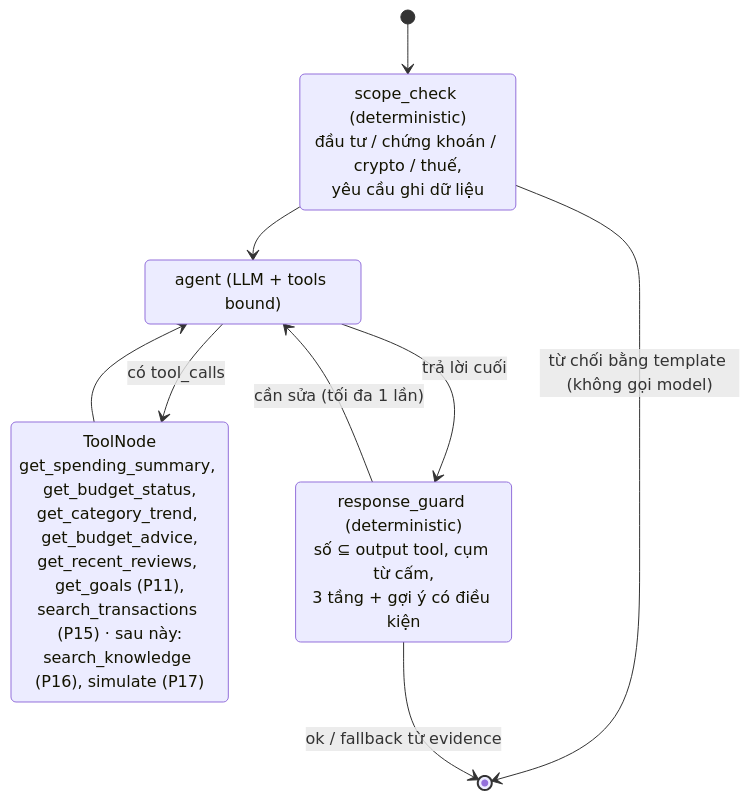
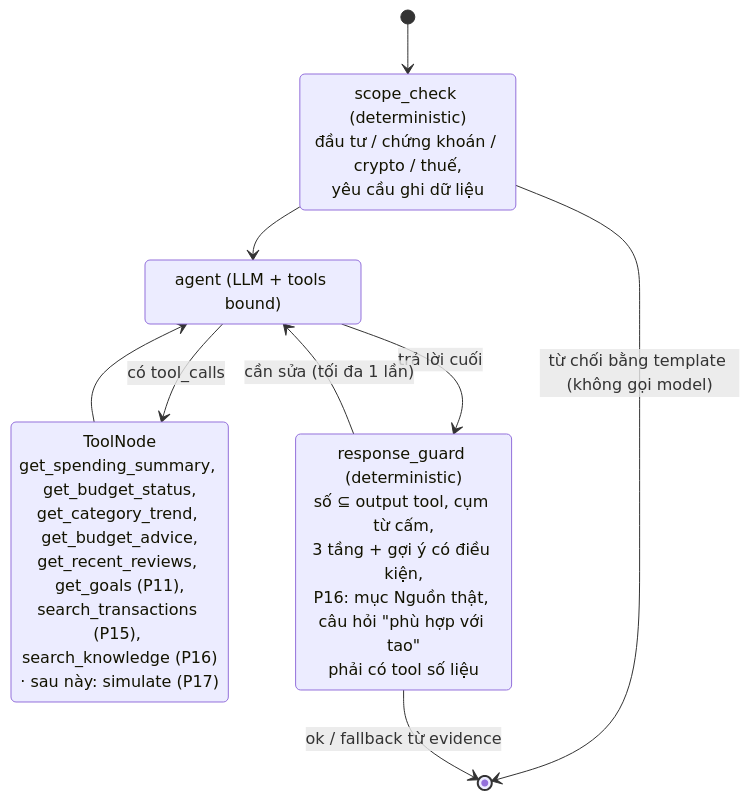
One commit to dangbh96/AI-personal-finance-assistant changed the second of 3 diagrams in docs/architecture/ai-architecture.md. Above: the diagram before and after it, drawn with Mermaid. The commit also changed other lines of this file and 48 other files, not shown here.

````diff
--- a/docs/architecture/ai-architecture.md
+++ b/docs/architecture/ai-architecture.md
@@ -149,15 +157,15 @@
 ```mermaid
 stateDiagram-v2
     [*] --> scope_check
     scope_check: scope_check (deterministic)<br/>đầu tư / chứng khoán / crypto / thuế,<br/>yêu cầu ghi dữ liệu
     scope_check --> [*]: từ chối bằng template (không gọi model)
     scope_check --> agent
     agent: agent (LLM + tools bound)
     agent --> tools: có tool_calls
-    tools: ToolNode<br/>get_spending_summary, get_budget_status,<br/>get_category_trend, get_budget_advice,<br/>get_recent_reviews, get_goals (P11),<br/>search_transactions (P15) · sau này:<br/>search_knowledge (P16), simulate (P17)
+    tools: ToolNode<br/>get_spending_summary, get_budget_status,<br/>get_category_trend, get_budget_advice,<br/>get_recent_reviews, get_goals (P11),<br/>search_transactions (P15), search_knowledge (P16)<br/>· sau này: simulate (P17)
     tools --> agent
     agent --> guard: trả lời cuối
-    guard: response_guard (deterministic)<br/>số ⊆ output tool, cụm từ cấm,<br/>3 tầng + gợi ý có điều kiện
+    guard: response_guard (deterministic)<br/>số ⊆ output tool, cụm từ cấm,<br/>3 tầng + gợi ý có điều kiện,<br/>P16: mục Nguồn thật, câu hỏi "phù hợp với tao"<br/>phải có tool số liệu
     guard --> agent: cần sửa (tối đa 1 lần)
     guard --> [*]: ok / fallback từ evidence
 ```
````
